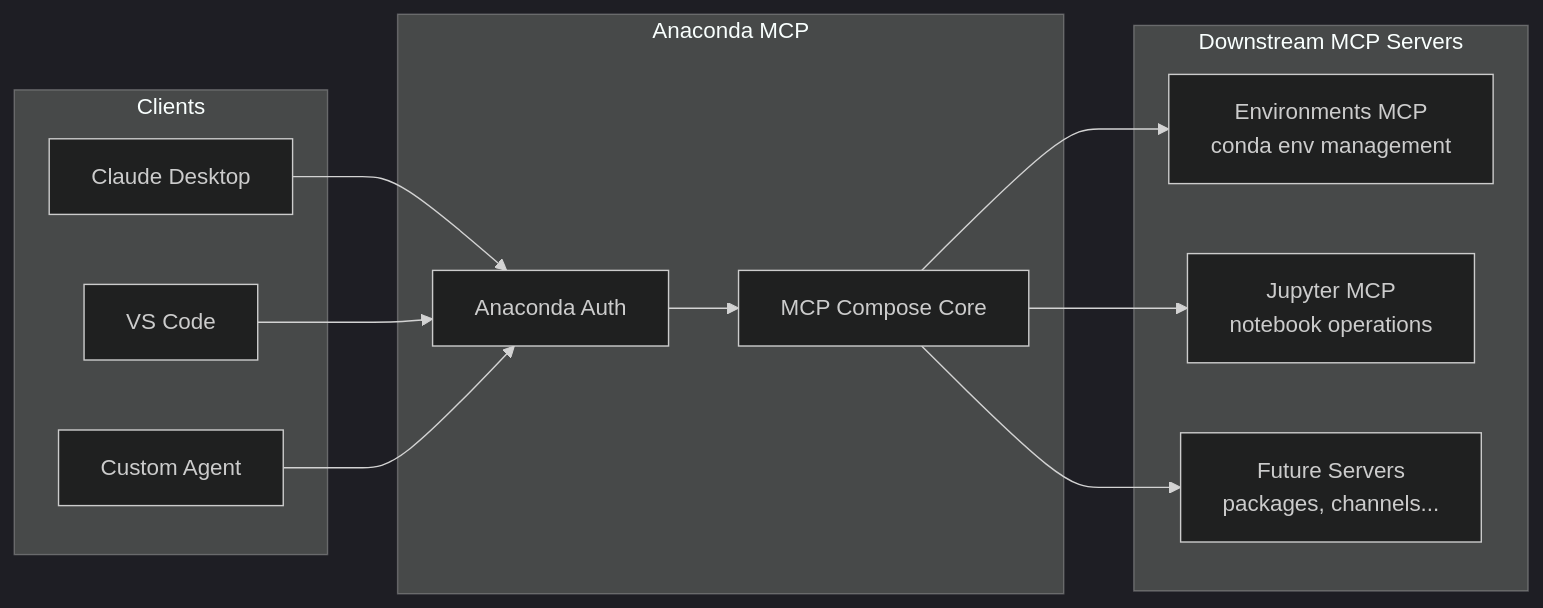
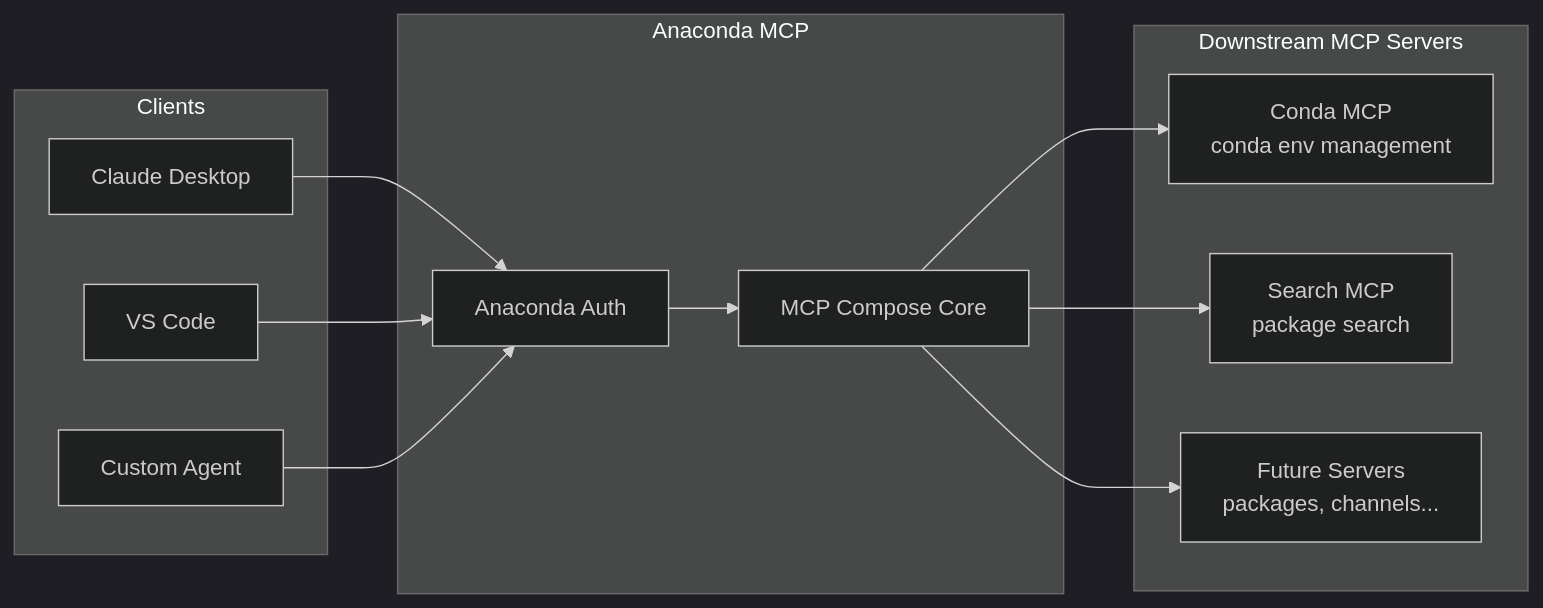
One commit to anaconda/anaconda-mcp changed the first of 6 diagrams in docs/ARCHITECTURE.md. Above: the diagram before and after it, drawn with Mermaid (dark theme). The commit also changed other lines of this file and 32 other files, not shown here.

````diff
--- a/docs/ARCHITECTURE.md
+++ b/docs/ARCHITECTURE.md
@@ -11,27 +11,27 @@
 ```mermaid
 graph LR
     subgraph Clients
         C1[Claude Desktop]
         C2[VS Code]
         C3[Custom Agent]
     end
 
     subgraph Anaconda MCP
         Auth[Anaconda Auth]
         Compose[MCP Compose Core]
     end
 
     subgraph Downstream MCP Servers
-        ENV[Environments MCP<br/>conda env management]
-        JUP[Jupyter MCP<br/>notebook operations]
+        ENV[Conda MCP<br/>conda env management]
+        SEARCH[Search MCP<br/>package search]
         FUTURE[Future Servers<br/>packages, channels...]
     end
 
     C1 --> Auth
     C2 --> Auth
     C3 --> Auth
     Auth --> Compose
     Compose --> ENV
-    Compose --> JUP
+    Compose --> SEARCH
     Compose --> FUTURE
 ```
````
